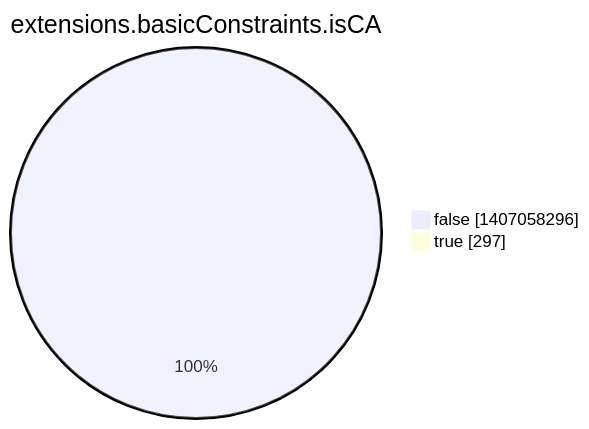
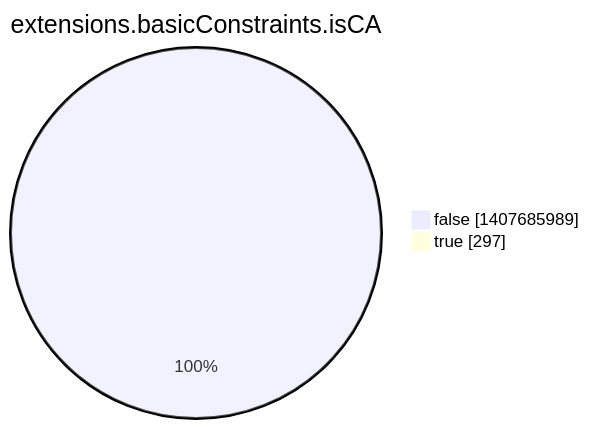
One commit to christiankrug/ctmonitor_visualization changed the eighth of 15 diagrams in argon2022/README.md. Above: the diagram before and after it, drawn with Mermaid. The commit also changed other lines of this file, not shown here.

````diff
--- a/argon2022/README.md
+++ b/argon2022/README.md
@@ -2760,6 +2760,6 @@
 ```mermaid
 pie showData
 title extensions.basicConstraints.isCA
-"false" :1407058296
+"false" :1407685989
 "true" :297
 ```
````
